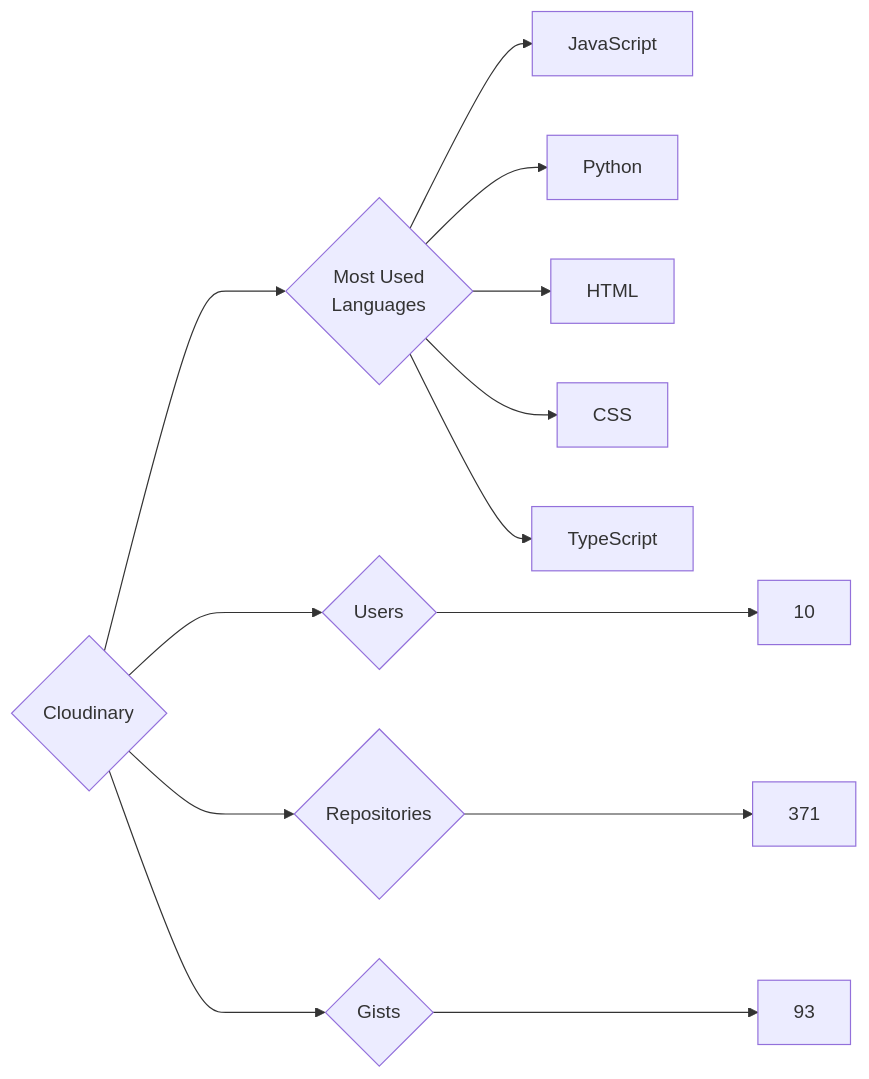
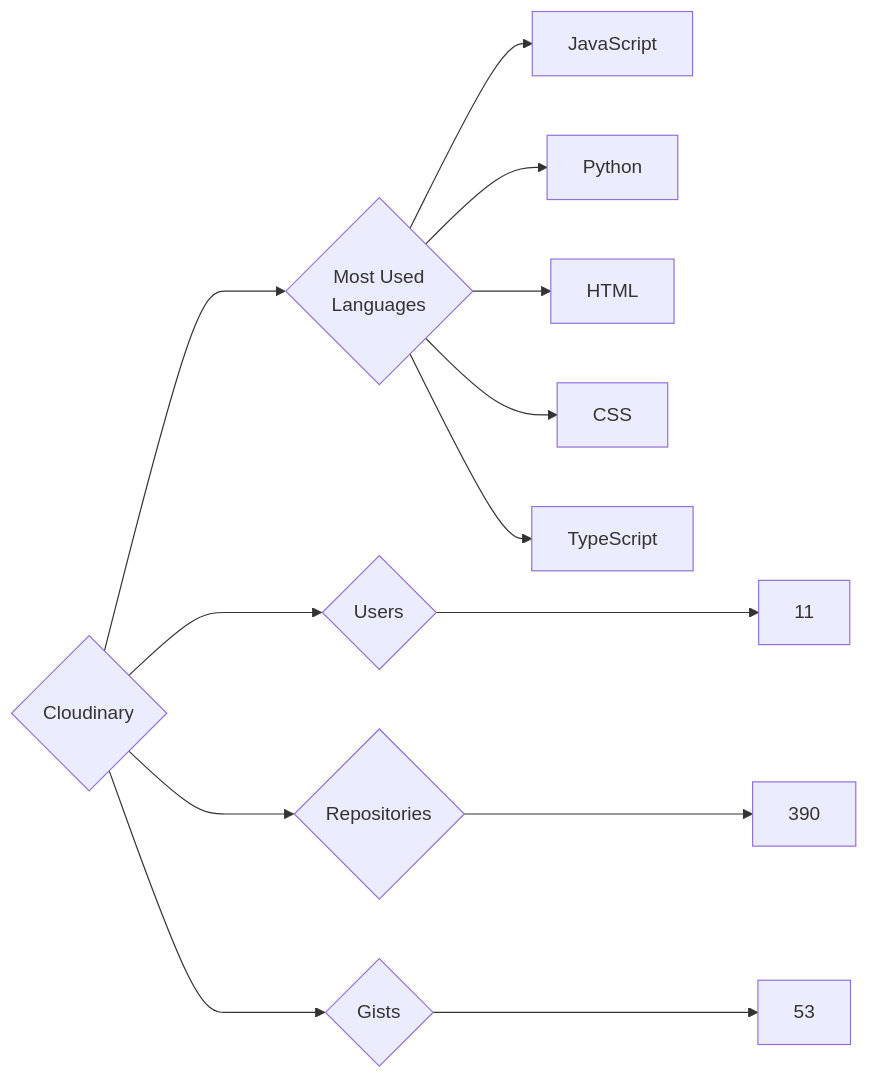
One commit to trickest/insiders changed the diagram in targets/Cloudinary/README.md. Above: the diagram before and after it, drawn with Mermaid. The commit also changed 1123 other files, not shown here.

````diff
--- a/targets/Cloudinary/README.md
+++ b/targets/Cloudinary/README.md
@@ -3,13 +3,13 @@
 ```mermaid
 graph LR
 COMPANY_NAME{Cloudinary}
-COMPANY_NAME ---> U{Users} ---> UN[10]
-COMPANY_NAME ---> R{Repositories} ---> RN[371]
-COMPANY_NAME ---> G{Gists} ---> GN[93]
+COMPANY_NAME ---> U{Users} ---> UN[11]
+COMPANY_NAME ---> R{Repositories} ---> RN[390]
+COMPANY_NAME ---> G{Gists} ---> GN[53]
 COMPANY_NAME ---> ML{Most Used<br>Languages}
 ML --> JavaScript[JavaScript]
 ML --> Python[Python]
 ML --> HTML[HTML]
 ML --> CSS[CSS]
 ML --> TypeScript[TypeScript]
 ```
````
